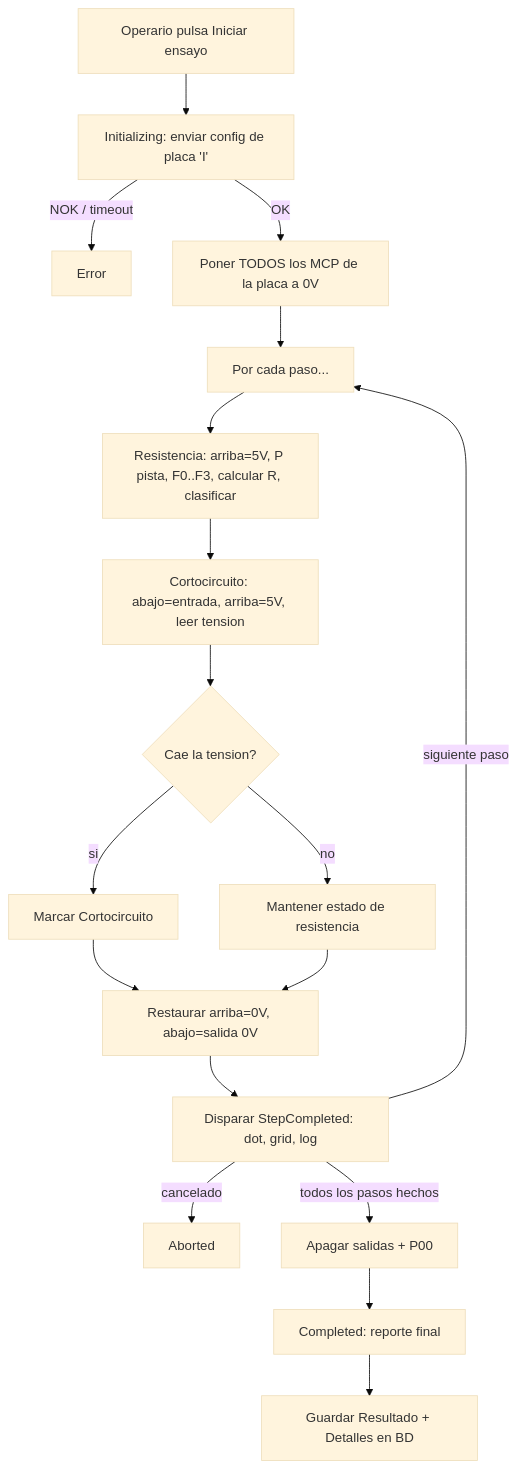
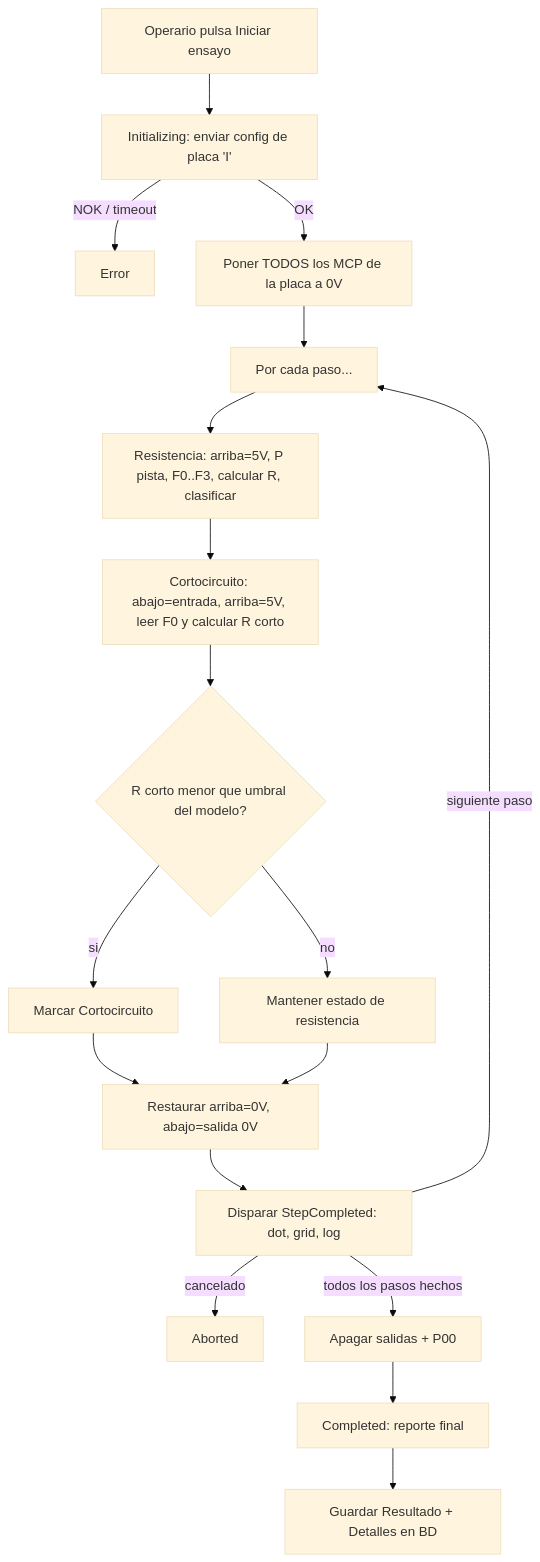
One commit to EuLantec/PC7866 changed the diagram in GUIA_MODO_AUTOMATICO.md. Above: the diagram before and after it, drawn with Mermaid (base theme). The commit also changed other lines of this file and 3 other files, not shown here.

````diff
--- a/GUIA_MODO_AUTOMATICO.md
+++ b/GUIA_MODO_AUTOMATICO.md
@@ -149,20 +149,20 @@
 ```mermaid
 flowchart TD
     A[Operario pulsa Iniciar ensayo] --> B[Initializing: enviar config de placa 'I']
     B -->|NOK / timeout| E[Error]
     B -->|OK| INIT[Poner TODOS los MCP de la placa a 0V]
     INIT --> P0[Por cada paso...]
     P0 --> R1[Resistencia: arriba=5V, P pista, F0..F3, calcular R, clasificar]
-    R1 --> C1[Cortocircuito: abajo=entrada, arriba=5V, leer tension]
-    C1 --> C2{Cae la tension?}
+    R1 --> C1[Cortocircuito: abajo=entrada, arriba=5V, leer F0 y calcular R corto]
+    C1 --> C2{R corto menor que umbral del modelo?}
     C2 -->|si| CORTO[Marcar Cortocircuito]
     C2 -->|no| KEEP[Mantener estado de resistencia]
     CORTO --> RESTORE[Restaurar arriba=0V, abajo=salida 0V]
     KEEP --> RESTORE
     RESTORE --> UI[Disparar StepCompleted: dot, grid, log]
     UI -->|siguiente paso| P0
     UI -->|cancelado| X[Aborted]
     UI -->|todos los pasos hechos| D[Apagar salidas + P00]
     D --> F[Completed: reporte final]
     F --> G[Guardar Resultado + Detalles en BD]
 ```
````
